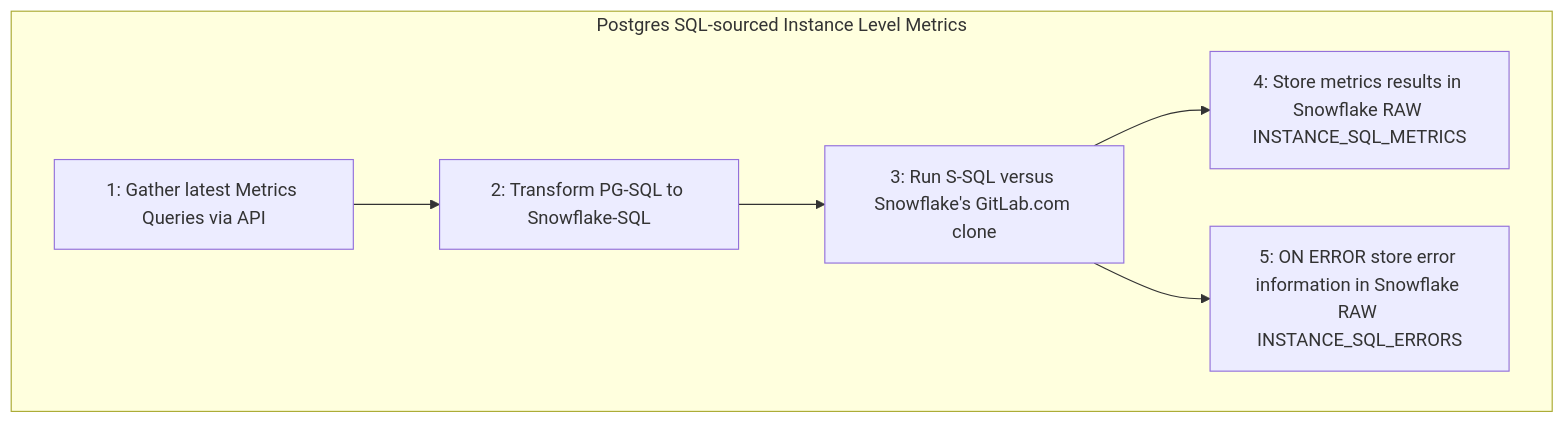
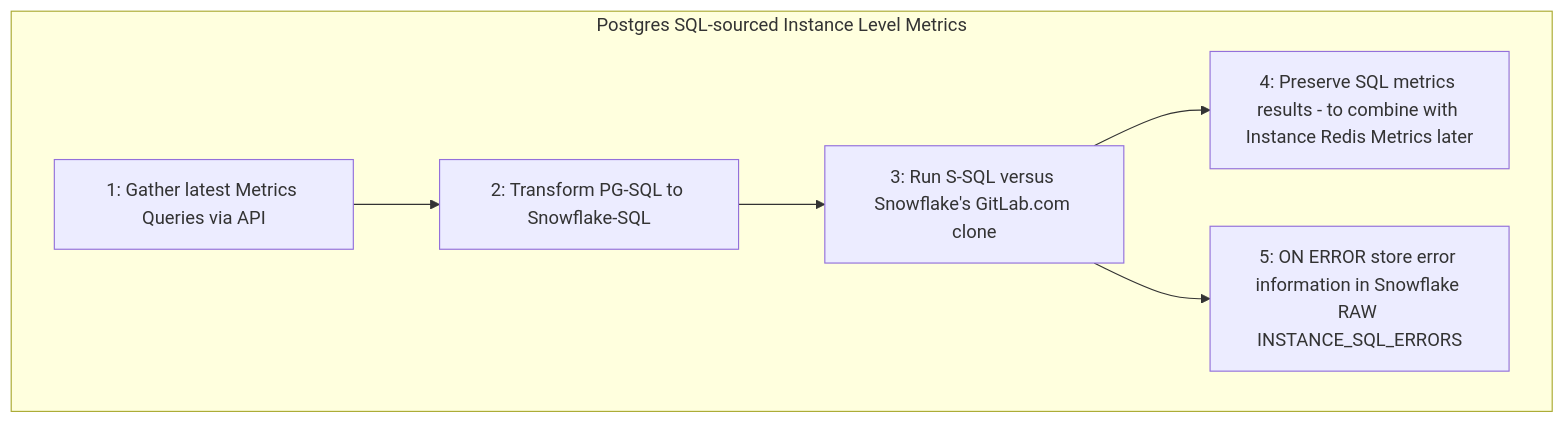
One commit to secretstartups/handbook changed the first of 5 diagrams in business-technology/data-team/data-catalog/saas-service-ping-automation/index.html.md. Above: the diagram before and after it, drawn with Mermaid. The commit also changed other lines of this file, not shown here.

````diff
--- a/business-technology/data-team/data-catalog/saas-service-ping-automation/index.html.md
+++ b/business-technology/data-team/data-catalog/saas-service-ping-automation/index.html.md
@@ -95,9 +95,9 @@
 ```mermaid
 graph TD
 subgraph Postgres SQL-sourced Instance Level Metrics
 B[1: Gather latest Metrics Queries via API] --> C[2: Transform PG-SQL to Snowflake-SQL]
 C --> D[3: Run S-SQL versus Snowflake's GitLab.com clone]
-D --> E[4: Store metrics results in Snowflake RAW INSTANCE_SQL_METRICS]
+D --> E[4: Preserve SQL metrics results - to combine with Instance Redis Metrics later]
 D --> F[5: ON ERROR store error information in Snowflake RAW INSTANCE_SQL_ERRORS]
 end
 ```
````
